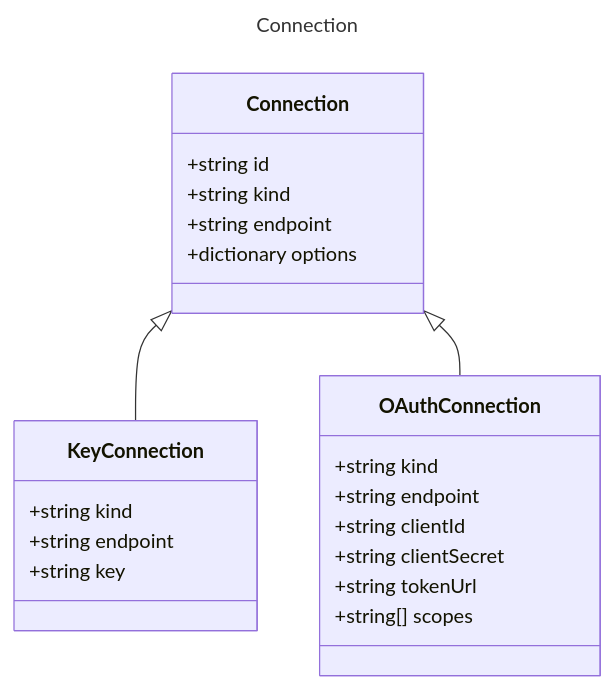
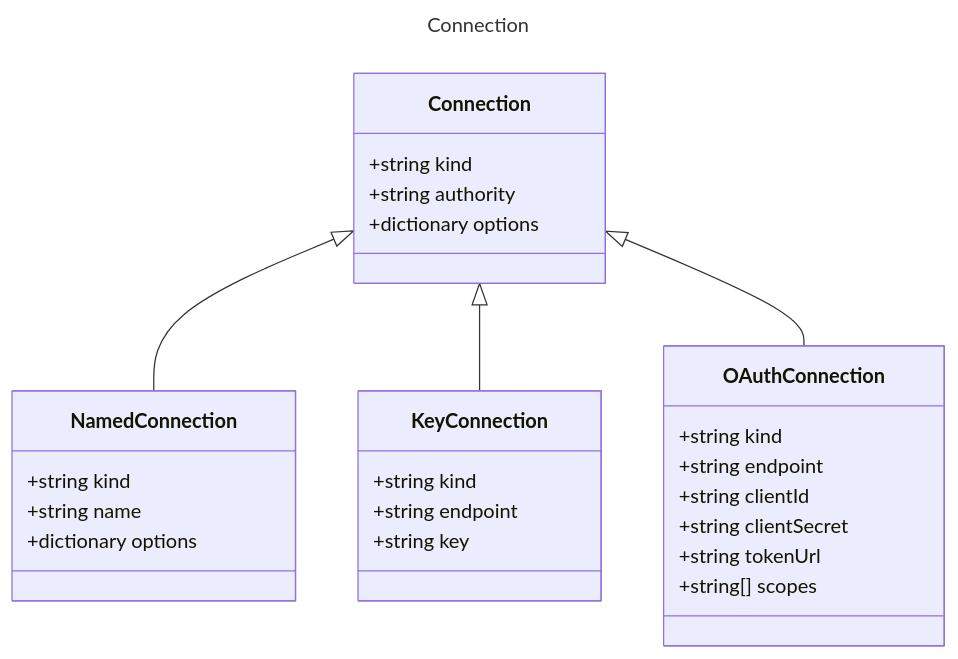
The diagram in specification/prompty/docs/Connection.md (microsoft/prompty), drawn with Mermaid before and after one commit. The commit also changed other lines of this file and 9 other files, not shown here.

Commit message:
added named connections and authority

````diff
--- a/specification/prompty/docs/Connection.md
+++ b/specification/prompty/docs/Connection.md
@@ -9,27 +9,32 @@
 ```mermaid
 ---
 title: Connection
 ---
 classDiagram
     class Connection {
-        +string id
         +string kind
-        +string endpoint
+        +string authority
         +dictionary options
     }
+    class NamedConnection {
+        +string kind
+        +string name
+        +dictionary options
+    }
+    Connection <|-- NamedConnection
     class KeyConnection {
         +string kind
         +string endpoint
         +string key
     }
     Connection <|-- KeyConnection
     class OAuthConnection {
         +string kind
         +string endpoint
         +string clientId
         +string clientSecret
         +string tokenUrl
         +string[] scopes
     }
     Connection <|-- OAuthConnection
 ```
````
